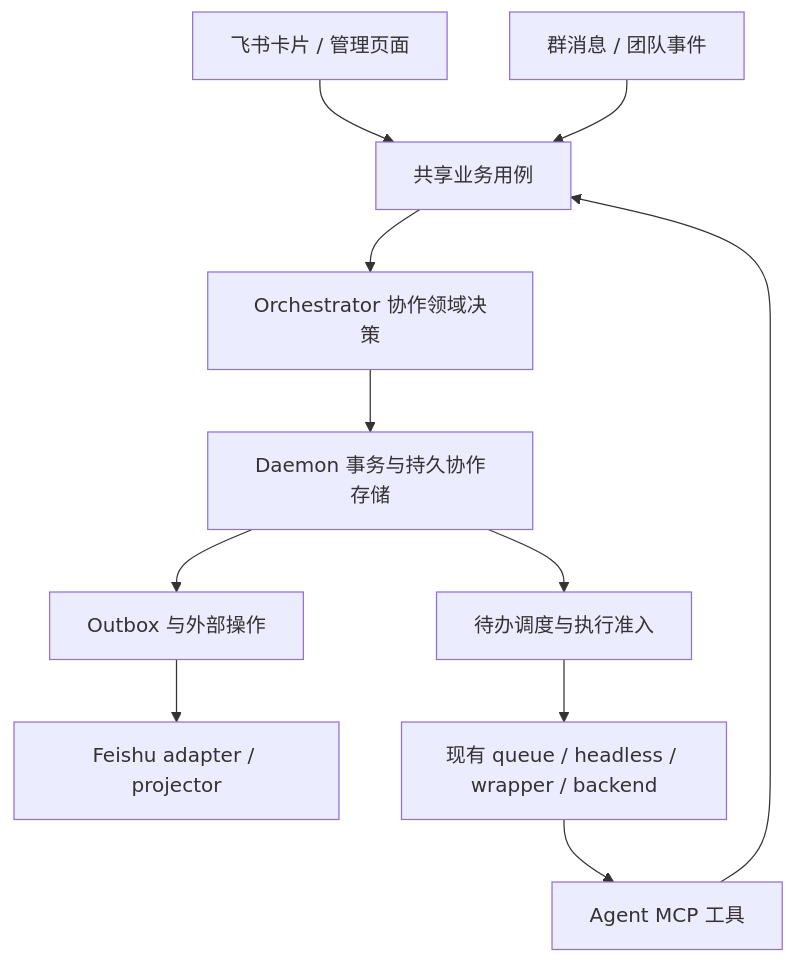
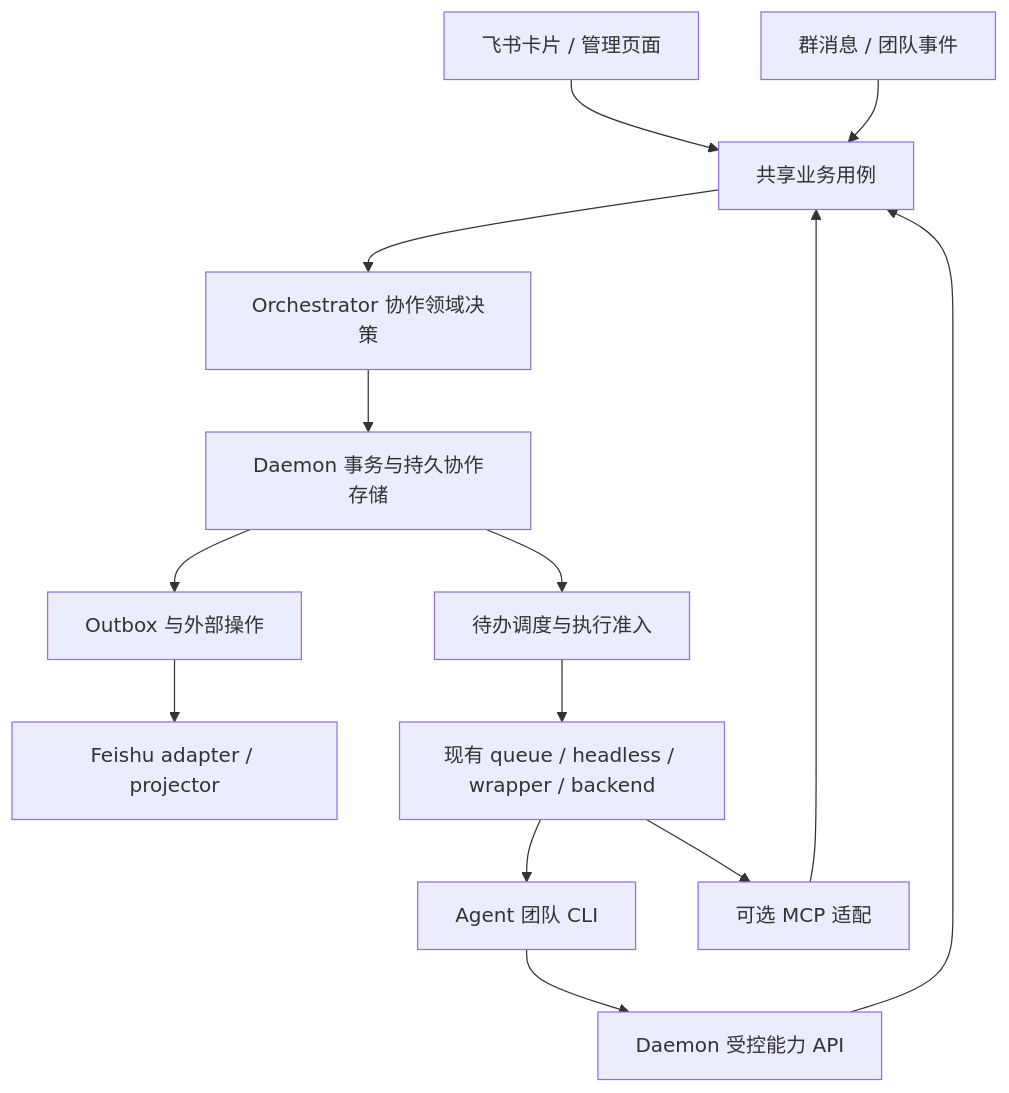
Before and after one commit to kxn/codex-remote-feishu: the diagram in docs/draft/feishu-agent-team-technical-design.md, drawn with Mermaid. The commit also changed other lines of this file, not shown here.

Commit message:
docs: refine agent team tool discovery and CLI architecture

````diff
--- a/docs/draft/feishu-agent-team-technical-design.md
+++ b/docs/draft/feishu-agent-team-technical-design.md
@@ -62,13 +62,16 @@
 ```mermaid
 flowchart TD
     UI[飞书卡片 / 管理页面] --> UC[共享业务用例]
-    MCP[Agent MCP 工具] --> UC
+    CLI[Agent 团队 CLI] --> API[Daemon 受控能力 API]
+    API --> UC
+    MCP[可选 MCP 适配] --> UC
     IN[群消息 / 团队事件] --> UC
     UC --> CORE[Orchestrator 协作领域决策]
     CORE --> TX[Daemon 事务与持久协作存储]
     TX --> OUT[Outbox 与外部操作]
     OUT --> FS[Feishu adapter / projector]
     TX --> DIS[待办调度与执行准入]
     DIS --> RUN[现有 queue / headless / wrapper / backend]
+    RUN --> CLI
     RUN --> MCP
 ```
````
